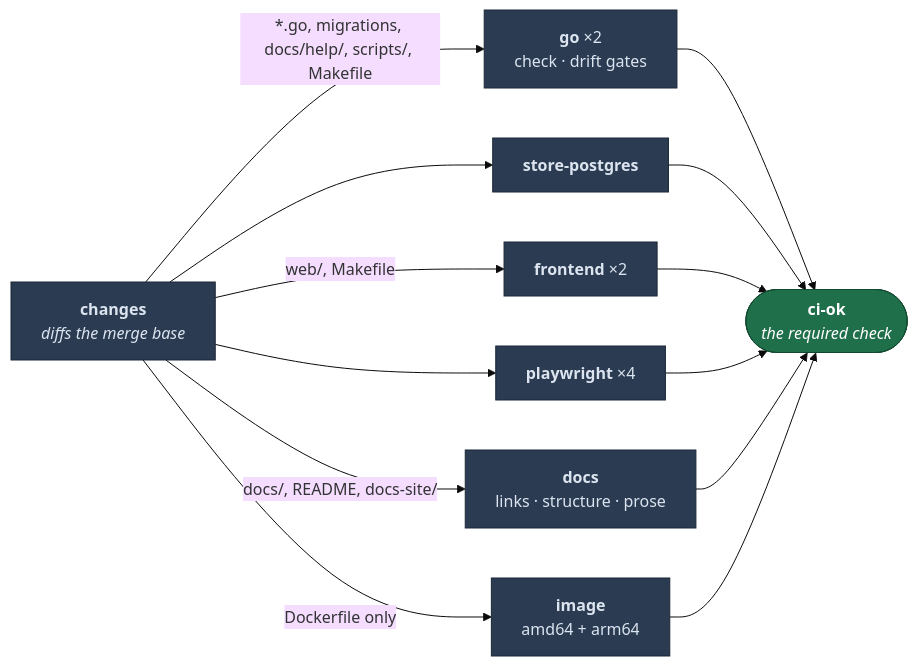
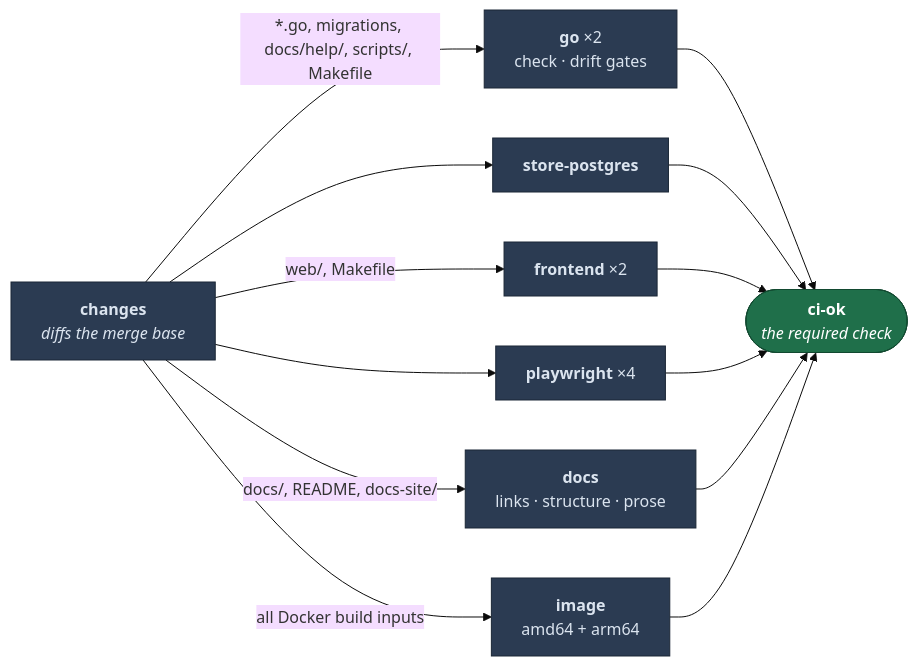
One commit to loomarr/loomarr changed the diagram in docs/dev/ci.md. Above: the diagram before and after it, drawn with Mermaid (base theme). The commit also changed other lines of this file and 22 other files, not shown here.

````diff
--- a/docs/dev/ci.md
+++ b/docs/dev/ci.md
@@ -3,29 +3,29 @@
 ```mermaid
 graph LR
   C["<b>changes</b><br/><i>diffs the merge base</i>"]
   G["<b>go</b> ×2<br/>check · drift gates"]
   P["<b>store-postgres</b>"]
   F["<b>frontend</b> ×2"]
   W["<b>playwright</b> ×4"]
   D["<b>docs</b><br/>links · structure · prose"]
   I["<b>image</b><br/>amd64 + arm64"]
   OK(["<b>ci-ok</b><br/><i>the required check</i>"])
 
   C -->|"*.go, migrations, docs/help/, scripts/, Makefile"| G
   C --> P
   C -->|"web/, Makefile"| F
   C --> W
   C -->|"docs/, README, docs-site/"| D
-  C -->|"Dockerfile only"| I
+  C -->|"all Docker build inputs"| I
   G --> OK
   P --> OK
   F --> OK
   W --> OK
   D --> OK
   I --> OK
 
   classDef gate fill:#1f6f4a,stroke:#134a31,color:#fff
   classDef job fill:#2b3b52,stroke:#1b2736,color:#dbe4ef
   class OK gate
   class C,G,P,F,W,D,I job
 ```
````
